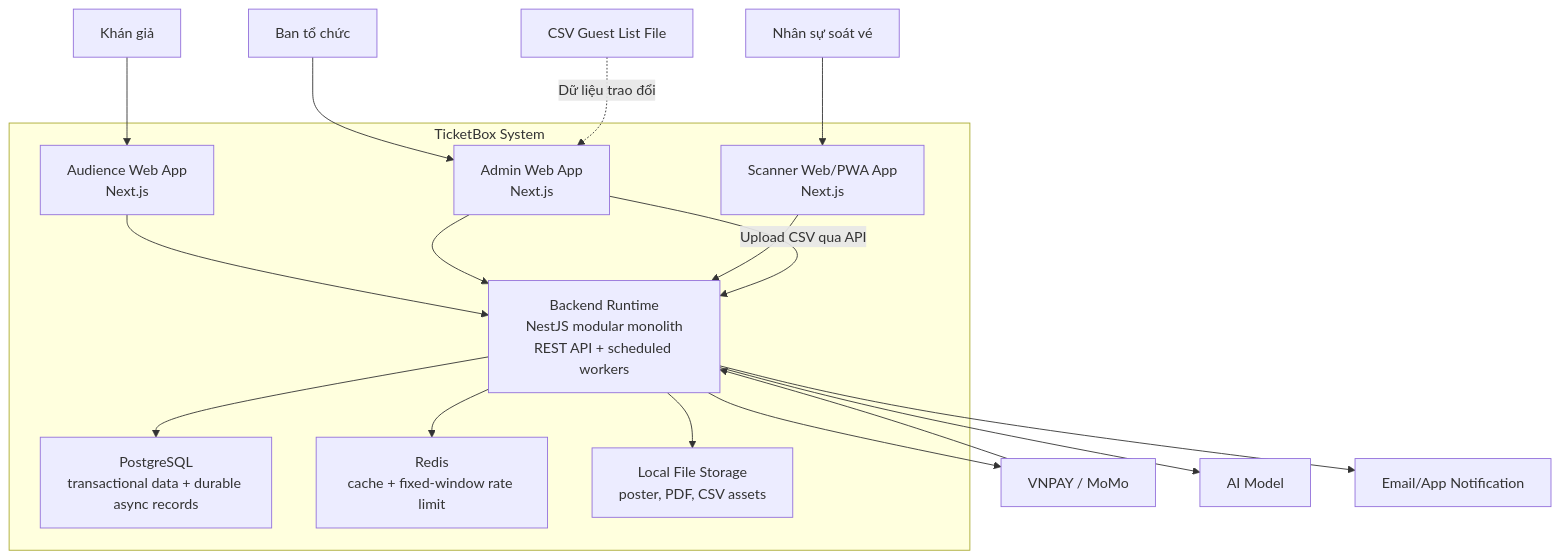
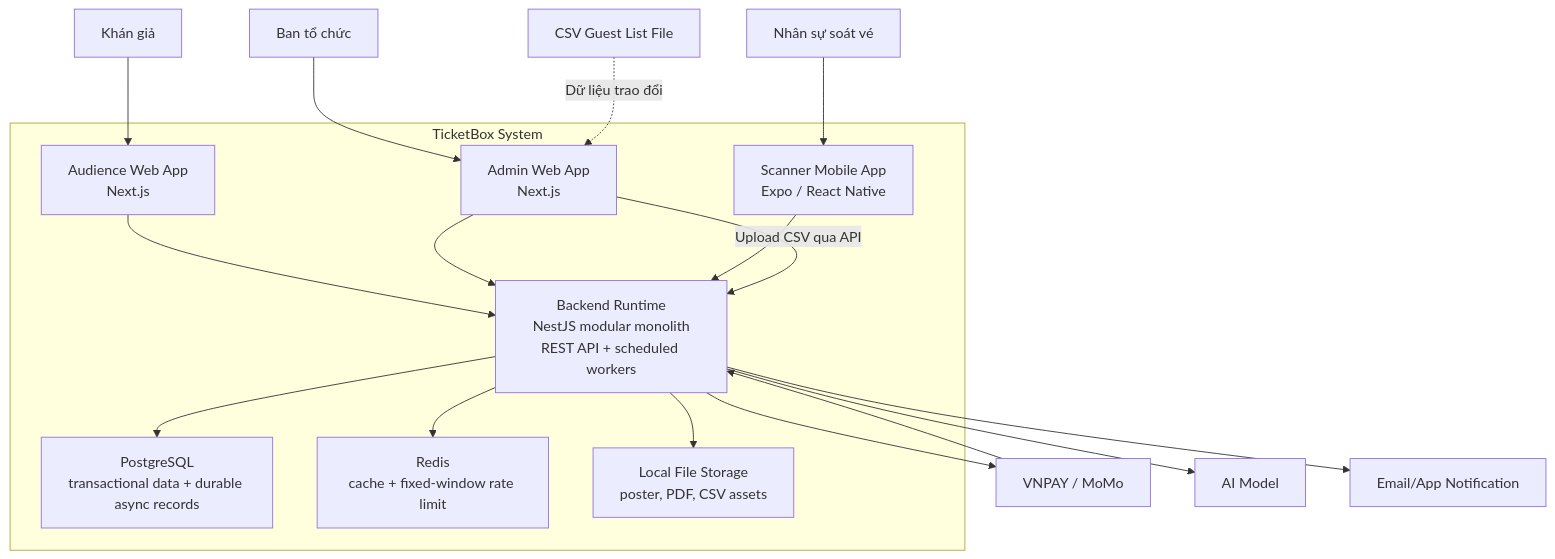
One commit to Toanapr/ticket-box changed the second of 2 diagrams in blueprint/02-c4-diagrams.md. Above: the diagram before and after it, drawn with Mermaid. The commit also changed other lines of this file and 57 other files, not shown here.

````diff
--- a/blueprint/02-c4-diagrams.md
+++ b/blueprint/02-c4-diagrams.md
@@ -38,40 +38,40 @@
 ```mermaid
 flowchart TD
     Audience["Khán giả"]
     Organizer["Ban tổ chức"]
     ScannerStaff["Nhân sự soát vé"]
 
     subgraph TicketBox["TicketBox System"]
         AudienceWeb["Audience Web App<br/>Next.js"]
         AdminWeb["Admin Web App<br/>Next.js"]
-        ScannerApp["Scanner Web/PWA App<br/>Next.js"]
+        ScannerApp["Scanner Mobile App<br/>Expo / React Native"]
         Gateway["Backend Runtime<br/>NestJS modular monolith<br/>REST API + scheduled workers"]
         Postgres["PostgreSQL<br/>transactional data + durable async records"]
         Redis["Redis<br/>cache + fixed-window rate limit"]
         FileStorage["Local File Storage<br/>poster, PDF, CSV assets"]
     end
 
     Payment["VNPAY / MoMo"]
     AI["AI Model"]
     Email["Email/App Notification"]
     CSVFile["CSV Guest List File"]
 
     Audience --> AudienceWeb
     Organizer --> AdminWeb
     ScannerStaff --> ScannerApp
 
     AudienceWeb --> Gateway
     AdminWeb --> Gateway
     ScannerApp --> Gateway
 
     Gateway --> Postgres
     Gateway --> Redis
     Gateway --> FileStorage
 
     Gateway --> Payment
     Payment --> Gateway
     Gateway --> AI
     Gateway --> Email
     AdminWeb -->|"Upload CSV qua API"| Gateway
     CSVFile -. "Dữ liệu trao đổi" .-> AdminWeb
 ```
````
